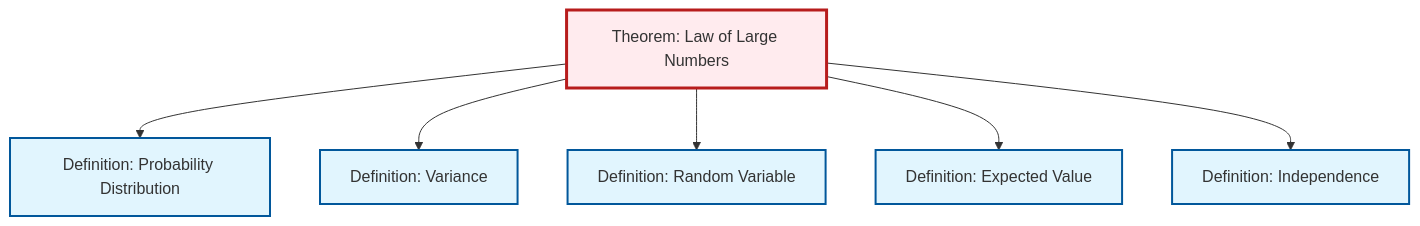
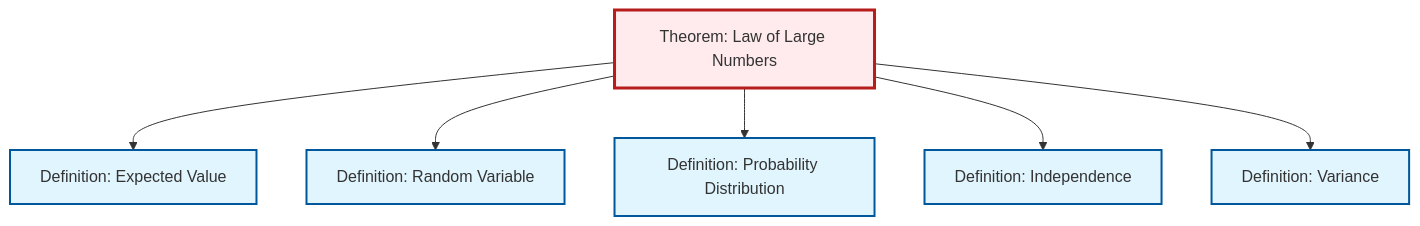
Before and after one commit to RK0429/ModernMath: the second of 2 diagrams in content/en/probability-statistics/thm-law-of-large-numbers.qmd, drawn with Mermaid. The commit also changed other lines of this file and 1069 other files, not shown here.

````diff
--- a/content/en/probability-statistics/thm-law-of-large-numbers.qmd
+++ b/content/en/probability-statistics/thm-law-of-large-numbers.qmd
@@ -89,26 +89,26 @@
 ```{mermaid}
 %%| fig-cap: "Local dependency graph"
 graph TD
     classDef definition fill:#e1f5fe,stroke:#01579b,stroke-width:2px
     classDef theorem fill:#f3e5f5,stroke:#4a148c,stroke-width:2px
     classDef axiom fill:#fff3e0,stroke:#e65100,stroke-width:2px
     classDef example fill:#e8f5e9,stroke:#1b5e20,stroke-width:2px
     classDef current fill:#ffebee,stroke:#b71c1c,stroke-width:3px
     def-expectation["Definition: Expected Value"]:::definition
+    def-random-variable["Definition: Random Variable"]:::definition
+    def-variance["Definition: Variance"]:::definition
     thm-law-of-large-numbers["Theorem: Law of Large Numbers"]:::theorem
+    def-independence["Definition: Independence"]:::definition
     def-probability-distribution["Definition: Probability Distribution"]:::definition
-    def-variance["Definition: Variance"]:::definition
-    def-random-variable["Definition: Random Variable"]:::definition
-    def-independence["Definition: Independence"]:::definition
+    thm-law-of-large-numbers --> def-expectation
+    thm-law-of-large-numbers --> def-random-variable
     thm-law-of-large-numbers --> def-probability-distribution
+    thm-law-of-large-numbers --> def-independence
     thm-law-of-large-numbers --> def-variance
-    thm-law-of-large-numbers --> def-random-variable
-    thm-law-of-large-numbers --> def-expectation
-    thm-law-of-large-numbers --> def-independence
     class thm-law-of-large-numbers current
     click def-expectation "def-expectation.html" "Go to Expected Value definition"
+    click def-random-variable "def-random-variable.html" "Go to Random Variable definition"
+    click def-variance "def-variance.html" "Go to Variance definition"
+    click def-independence "def-independence.html" "Go to Independence definition"
     click def-probability-distribution "def-probability-distribution.html" "Go to Probability Distribution definition"
-    click def-variance "def-variance.html" "Go to Variance definition"
-    click def-random-variable "def-random-variable.html" "Go to Random Variable definition"
-    click def-independence "def-independence.html" "Go to Independence definition"
 ```
````
